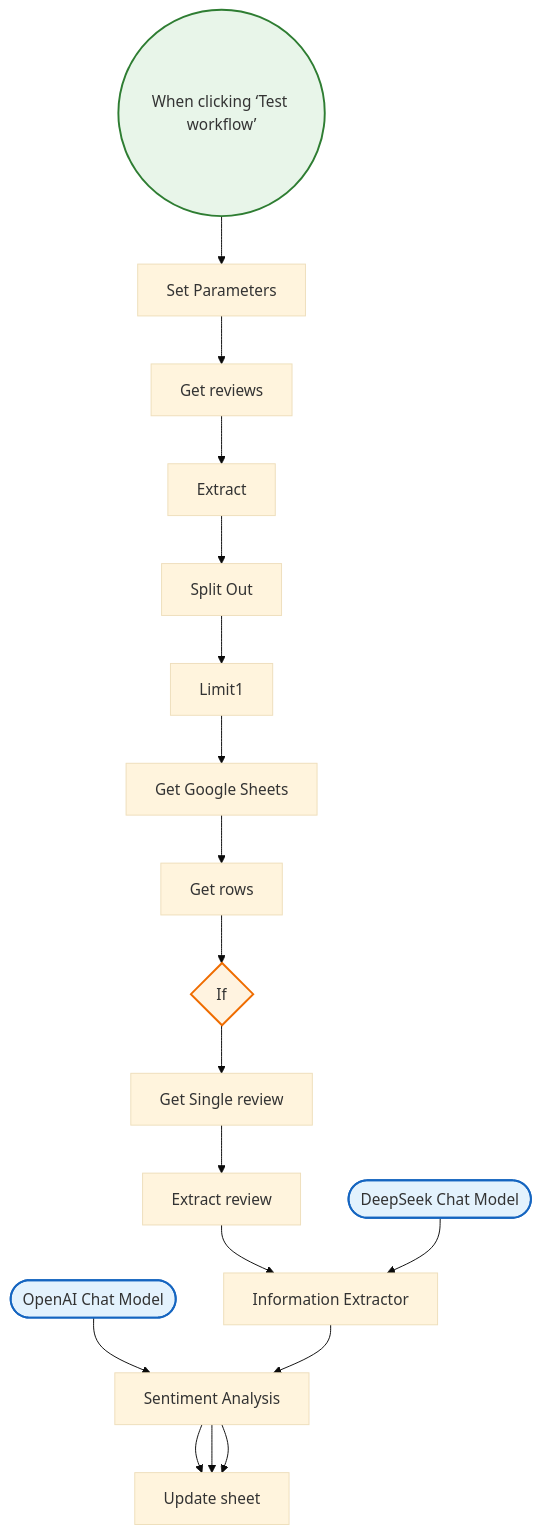
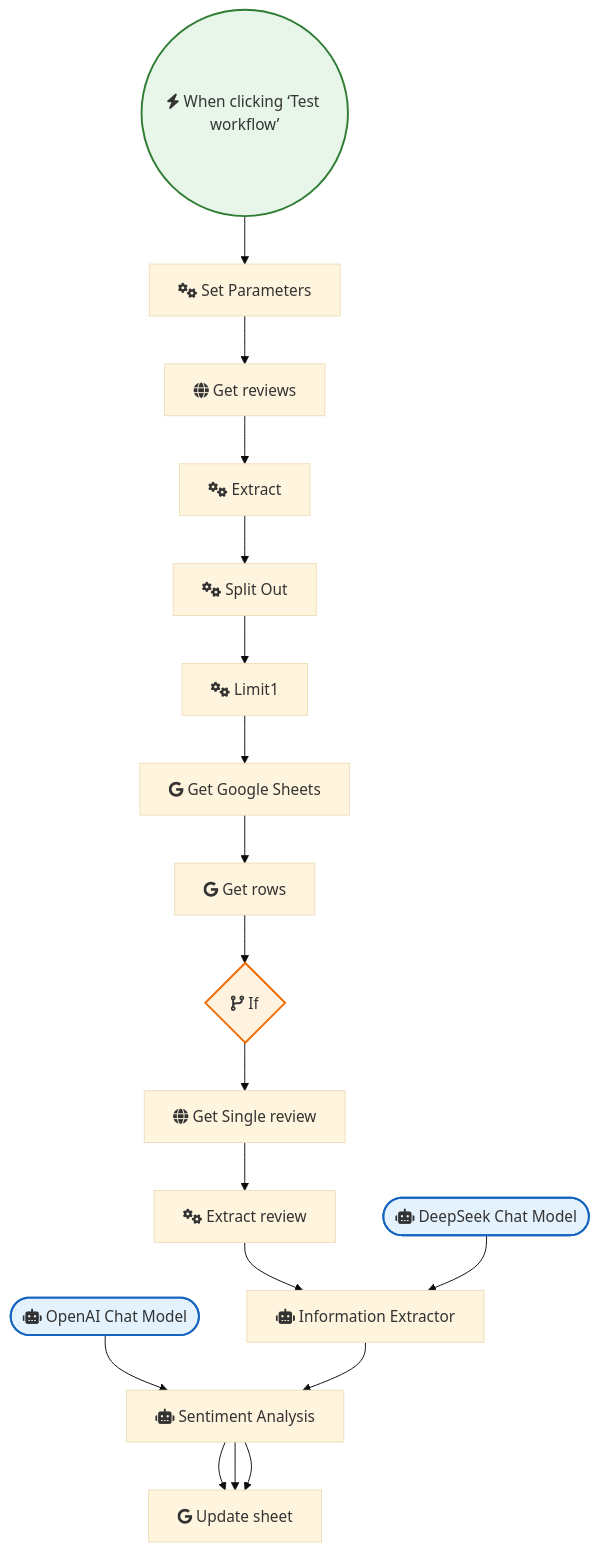
One commit to sreyash3105/N8N-DEMO-AUTOMATIONS changed the diagram in AI_Research_RAG_and_Data_Analysis/Scrape Trustpilot Reviews with Deepseek Analyze Sentiment with Openai.md. Above: the diagram before and after it, drawn with Mermaid (base theme). The commit also changed 291 other files, not shown here.

````diff
--- a/AI_Research_RAG_and_Data_Analysis/Scrape Trustpilot Reviews with Deepseek Analyze Sentiment with Openai.md
+++ b/AI_Research_RAG_and_Data_Analysis/Scrape Trustpilot Reviews with Deepseek Analyze Sentiment with Openai.md
@@ -1,41 +1,41 @@
 ```mermaid
 graph TD
     classDef trigger fill:#e8f5e9,stroke:#2e7d32,stroke-width:2px;
     classDef ai fill:#e3f2fd,stroke:#1565c0,stroke-width:2px;
     classDef logic fill:#fff3e0,stroke:#ef6c00,stroke-width:2px;
 
-    Split_Out["Split Out"]
-    Information_Extractor["Information Extractor"]
-    If{"If"}:::logic
-    When_clicking__Test_workflow_(("When clicking ‘Test workflow’")):::trigger
-    Limit1["Limit1"]
-    Set_Parameters["Set Parameters"]
-    Get_reviews["Get reviews"]
-    Extract["Extract"]
-    Get_rows["Get rows"]
-    Get_Google_Sheets["Get Google Sheets"]
-    Get_Single_review["Get Single review"]
-    Extract_review["Extract review"]
-    Update_sheet["Update sheet"]
-    Sentiment_Analysis["Sentiment Analysis"]
-    DeepSeek_Chat_Model(["DeepSeek Chat Model"]):::ai
-    OpenAI_Chat_Model(["OpenAI Chat Model"]):::ai
+    Split_Out["fas:fa-cogs Split Out"]
+    Information_Extractor["fas:fa-robot Information Extractor"]
+    If{"fas:fa-code-branch If"}:::logic
+    When_clicking__Test_workflow_(("fas:fa-bolt When clicking ‘Test workflow’")):::trigger
+    Limit1["fas:fa-cogs Limit1"]
+    Set_Parameters["fas:fa-cogs Set Parameters"]
+    Get_reviews["fas:fa-globe Get reviews"]
+    Extract["fas:fa-cogs Extract"]
+    Get_rows["fab:fa-google Get rows"]
+    Get_Google_Sheets["fab:fa-google Get Google Sheets"]
+    Get_Single_review["fas:fa-globe Get Single review"]
+    Extract_review["fas:fa-cogs Extract review"]
+    Update_sheet["fab:fa-google Update sheet"]
+    Sentiment_Analysis["fas:fa-robot Sentiment Analysis"]
+    DeepSeek_Chat_Model(["fas:fa-robot DeepSeek Chat Model"]):::ai
+    OpenAI_Chat_Model(["fas:fa-robot OpenAI Chat Model"]):::ai
 
     If --> Get_Single_review
     Limit1 --> Get_Google_Sheets
     Extract --> Split_Out
     Get_rows --> If
     Split_Out --> Limit1
     Get_reviews --> Extract
     Extract_review --> Information_Extractor
     Set_Parameters --> Get_reviews
     Get_Google_Sheets --> Get_rows
     Get_Single_review --> Extract_review
     OpenAI_Chat_Model --> Sentiment_Analysis
     Sentiment_Analysis --> Update_sheet
     Sentiment_Analysis --> Update_sheet
     Sentiment_Analysis --> Update_sheet
     DeepSeek_Chat_Model --> Information_Extractor
     Information_Extractor --> Sentiment_Analysis
     When_clicking__Test_workflow_ --> Set_Parameters
 ```
````
